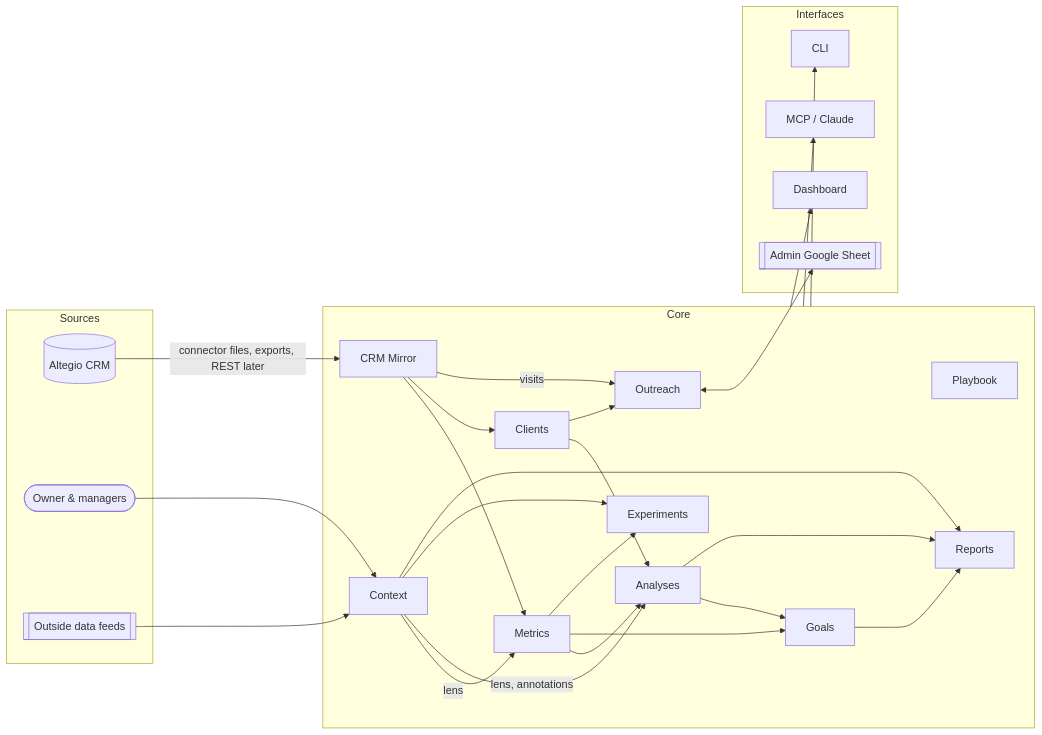
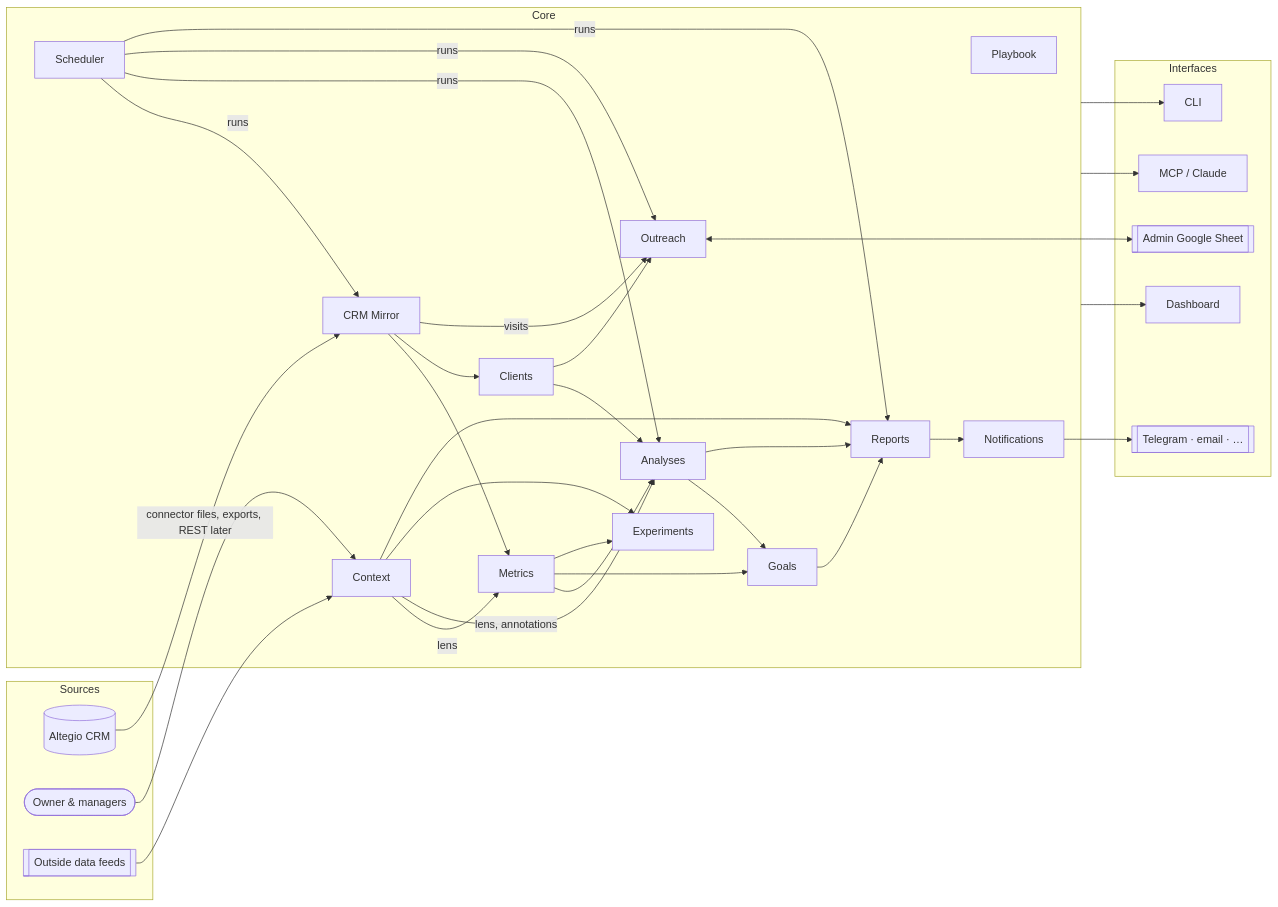
One commit to geekyarik/barberis-insights changed the second of 2 diagrams in docs/ARCHITECTURE.md. Above: the diagram before and after it, drawn with Mermaid. The commit also changed other lines of this file and 3 other files, not shown here.

First line of the commit message:
docs: scheduler, notifications, explorer; no external BI tool (ADR-0009)

````diff
--- a/docs/ARCHITECTURE.md
+++ b/docs/ARCHITECTURE.md
@@ -68,46 +68,53 @@
 ```mermaid
 flowchart LR
   subgraph Sources
     ALT[(Altegio CRM)]
     OWN([Owner & managers])
     FEEDS[[Outside data feeds]]
   end
   subgraph Core
     MIR[CRM Mirror]
     CTX[Context]
     MET[Metrics]
     ANA[Analyses]
     CLI[Clients]
     GOA[Goals]
     EXP[Experiments]
     OUT[Outreach]
     PLB[Playbook]
     REP[Reports]
+    JOB[Scheduler]
+    NTF[Notifications]
   end
   subgraph Interfaces
     WEB[Dashboard]
     MCP[MCP / Claude]
     CMD[CLI]
     SHEET[[Admin Google Sheet]]
+    CHAN[[Telegram · email · …]]
   end
   ALT -->|connector files, exports, REST later| MIR
   OWN --> CTX
   FEEDS --> CTX
   MIR --> MET
   MIR --> CLI
   CTX -->|lens| MET
   MET --> ANA
   CLI --> ANA
   CTX -->|lens, annotations| ANA
   MET --> GOA
   ANA --> GOA
   MET --> EXP
   CTX --> EXP
   CLI --> OUT
   MIR -->|visits| OUT
   OUT <--> SHEET
   ANA --> REP
   GOA --> REP
   CTX --> REP
+  JOB -->|runs| MIR & ANA & OUT
+  JOB -->|runs| REP
+  REP --> NTF
+  NTF --> CHAN
   Core --> WEB & MCP & CMD
 ```
````
